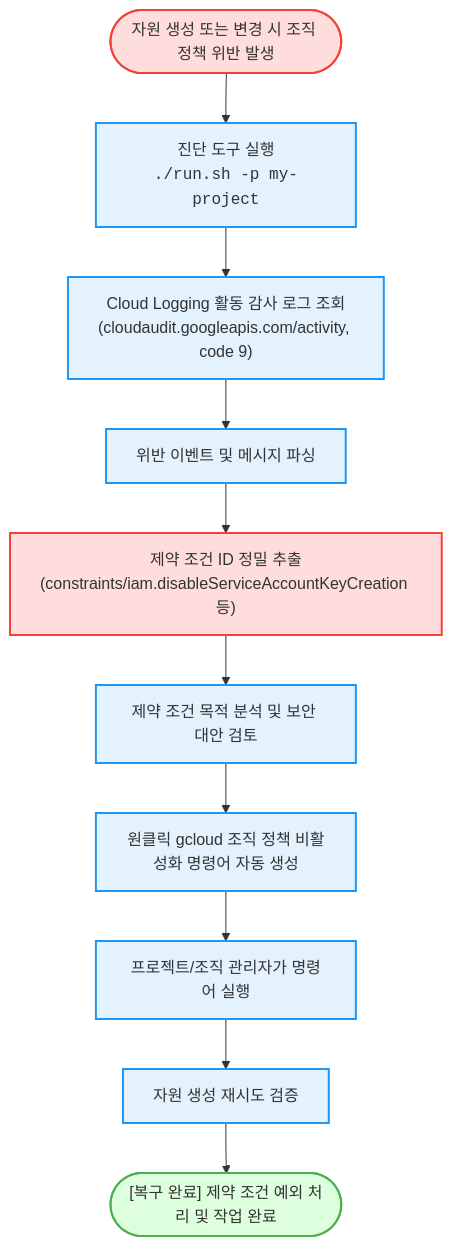
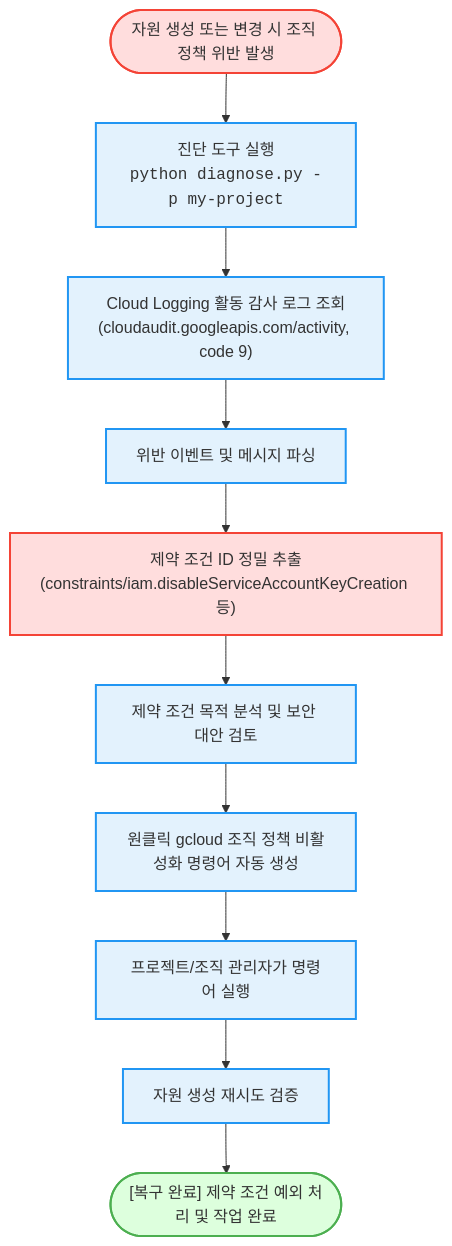
One commit to jiangjun-forge/google-cloud-0-to-1 changed the diagram in samples/org-policy-resolver/README.md. Above: the diagram before and after it, drawn with Mermaid. The commit also changed other lines of this file and 180 other files, not shown here.

````diff
--- a/samples/org-policy-resolver/README.md
+++ b/samples/org-policy-resolver/README.md
@@ -37,23 +37,23 @@
 ```mermaid
 flowchart TD
-    Start(["자원 생성 또는 변경 시 조직 정책 위반 발생"]) --> RunTool["진단 도구 실행<br/><code>./run.sh -p my-project</code>"]
+    Start(["자원 생성 또는 변경 시 조직 정책 위반 발생"]) --> RunTool["진단 도구 실행<br/><code>python diagnose.py -p my-project</code>"]
     
     RunTool --> QueryAudit["Cloud Logging 활동 감사 로그 조회<br/>(cloudaudit.googleapis.com/activity, code 9)"]
     QueryAudit --> ParseEvents["위반 이벤트 및 메시지 파싱"]
     
     ParseEvents --> ExtractConstraint["제약 조건 ID 정밀 추출<br/>(constraints/iam.disableServiceAccountKeyCreation 등)"]
     ExtractConstraint --> AnalyzeImpact["제약 조건 목적 분석 및 보안 대안 검토"]
     
     AnalyzeImpact --> GenerateCmd["원클릭 gcloud 조직 정책 비활성화 명령어 자동 생성"]
     GenerateCmd --> ApplyCmd["프로젝트/조직 관리자가 명령어 실행"]
     
     ApplyCmd --> Retest["자원 생성 재시도 검증"]
     Retest --> Done(["[복구 완료] 제약 조건 예외 처리 및 작업 완료"])
 
     classDef alert fill:#ffdddd,stroke:#f44336,stroke-width:2px;
     classDef success fill:#ddffdd,stroke:#4caf50,stroke-width:2px;
     classDef action fill:#e3f2fd,stroke:#2196f3,stroke-width:2px;
     class Start,ExtractConstraint alert;
     class Done success;
     class RunTool,QueryAudit,ParseEvents,AnalyzeImpact,GenerateCmd,ApplyCmd,Retest action;
 ```
````
